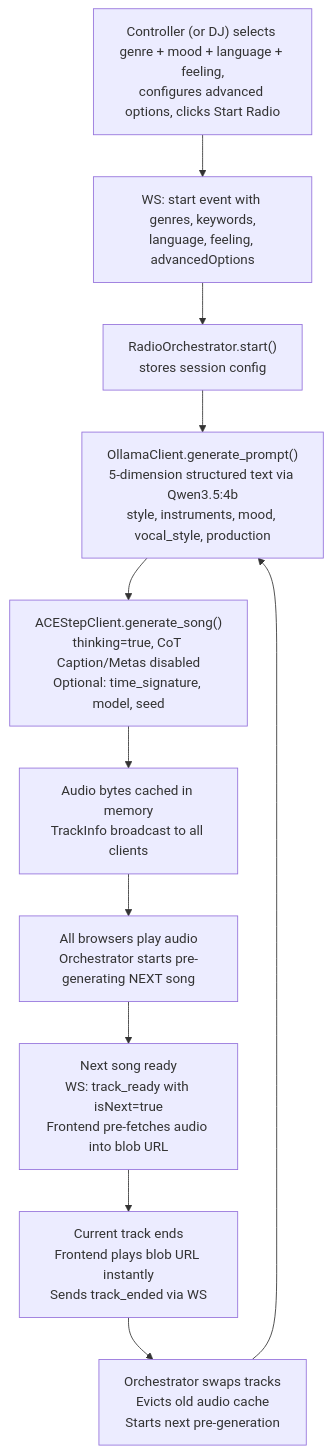
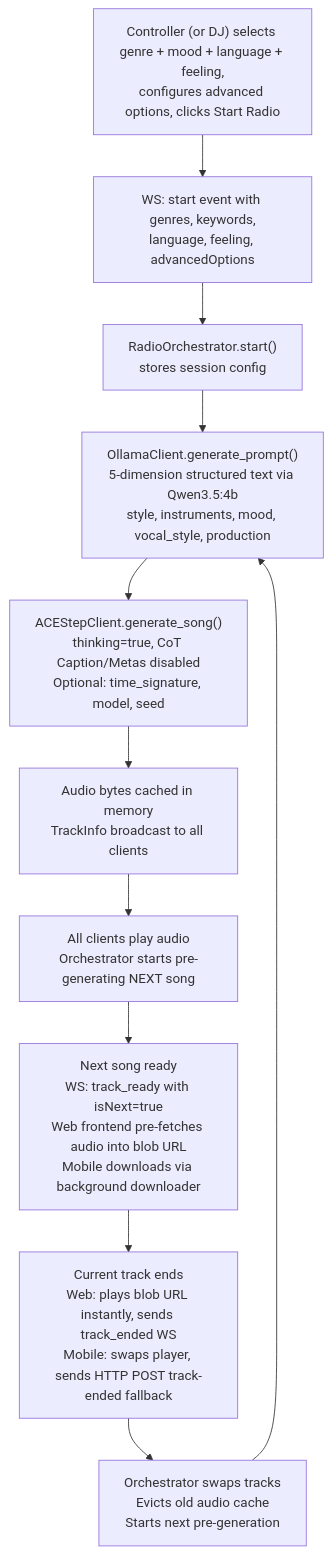
Before and after one commit to scramblerlab/generative-radio: the second of 2 diagrams in BUILD_SPEC.md, drawn with Mermaid. The commit also changed other lines of this file and 1 other file, not shown here.

First line of the commit message:
docs: update README and BUILD_SPEC to v4 with mobile app and reactions

````diff
--- a/BUILD_SPEC.md
+++ b/BUILD_SPEC.md
@@ -98,13 +111,13 @@
 ```mermaid
 flowchart TD
     A["Controller (or DJ) selects genre + mood + language + feeling,<br/>configures advanced options, clicks Start Radio"] --> B["WS: start event with genres, keywords,<br/>language, feeling, advancedOptions"]
     B --> C["RadioOrchestrator.start()<br/>stores session config"]
     C --> D["OllamaClient.generate_prompt()<br/>5-dimension structured text via Qwen3.5:4b<br/>style, instruments, mood, vocal_style, production"]
     D --> E["ACEStepClient.generate_song()<br/>thinking=true, CoT Caption/Metas disabled<br/>Optional: time_signature, model, seed"]
     E --> F["Audio bytes cached in memory<br/>TrackInfo broadcast to all clients"]
-    F --> G["All browsers play audio<br/>Orchestrator starts pre-generating NEXT song"]
-    G --> H["Next song ready<br/>WS: track_ready with isNext=true<br/>Frontend pre-fetches audio into blob URL"]
-    H --> I["Current track ends<br/>Frontend plays blob URL instantly<br/>Sends track_ended via WS"]
+    F --> G["All clients play audio<br/>Orchestrator starts pre-generating NEXT song"]
+    G --> H["Next song ready<br/>WS: track_ready with isNext=true<br/>Web frontend pre-fetches audio into blob URL<br/>Mobile downloads via background downloader"]
+    H --> I["Current track ends<br/>Web: plays blob URL instantly, sends track_ended WS<br/>Mobile: swaps player, sends HTTP POST track-ended fallback"]
     I --> J["Orchestrator swaps tracks<br/>Evicts old audio cache<br/>Starts next pre-generation"]
     J --> D
 ```
````
